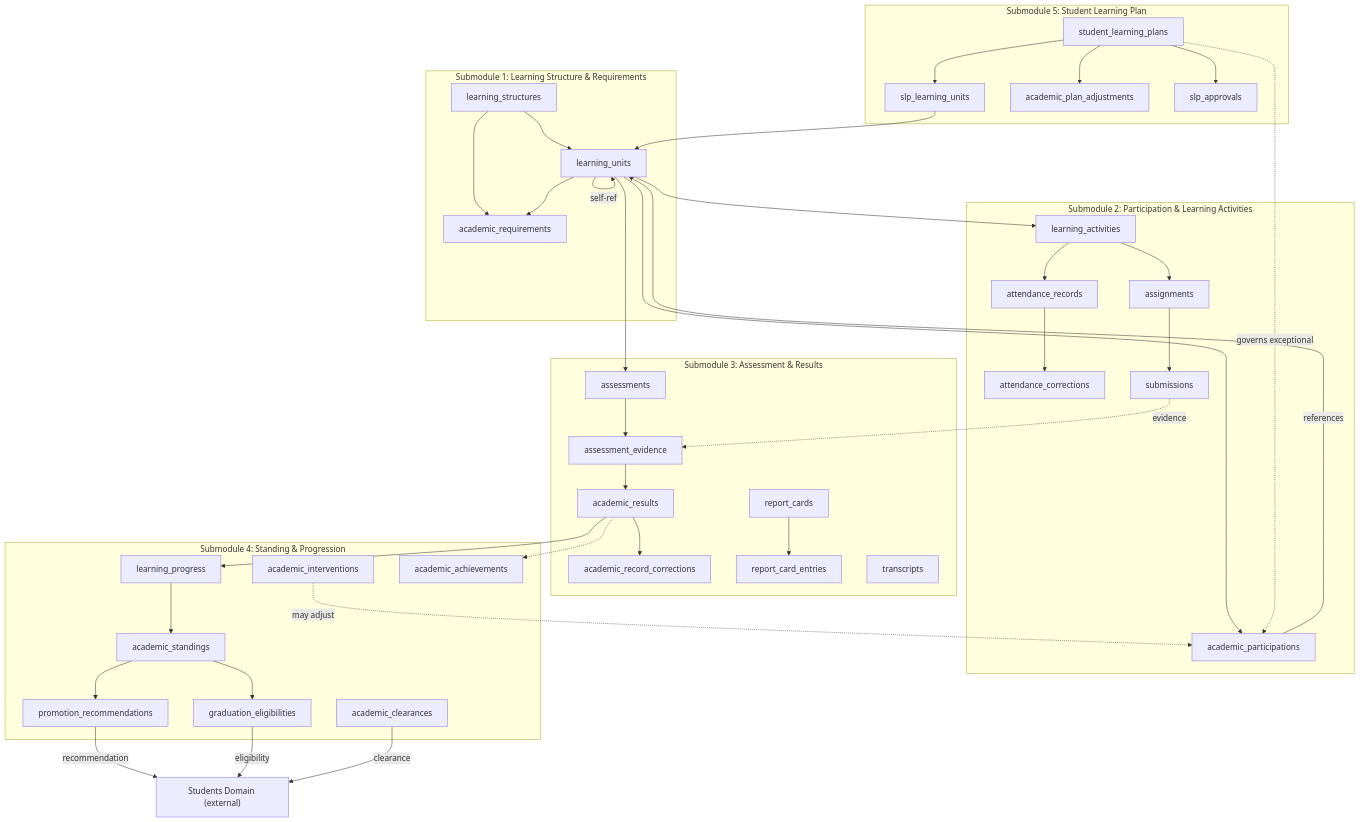
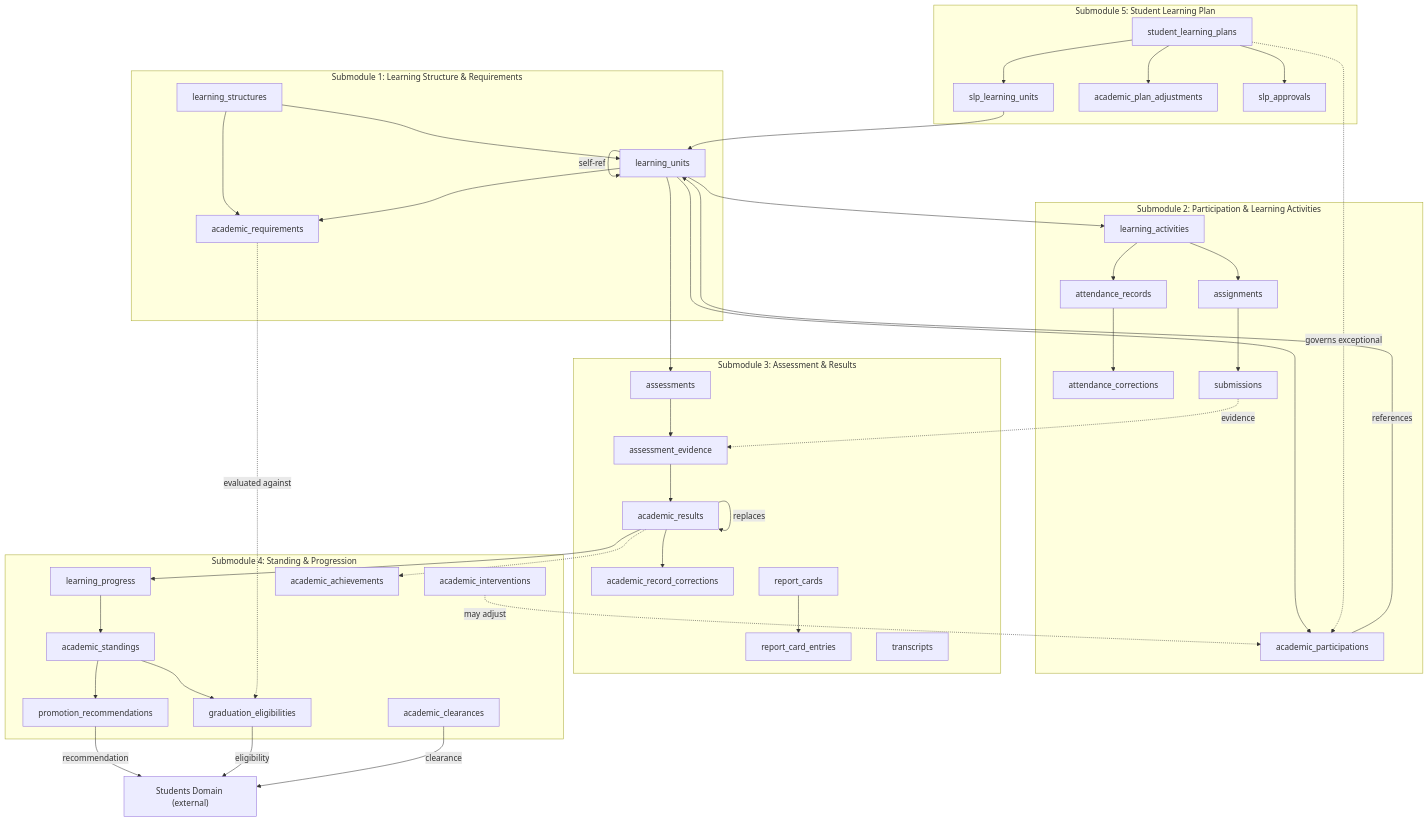
One commit to druryyl/elsasa-sis-v3 changed the sixth of 6 diagrams in entities/academic-entities-tables.md. Above: the diagram before and after it, drawn with Mermaid. The commit also changed other lines of this file and 8 other files, not shown here.

````diff
--- a/entities/academic-entities-tables.md
+++ b/entities/academic-entities-tables.md
@@ -1055,75 +1134,77 @@
 ```mermaid
 flowchart TD
     subgraph "Submodule 1: Learning Structure & Requirements"
         LS[learning_structures]
         LU[learning_units]
         AR[academic_requirements]
         LS --> LU
         LU -->|self-ref| LU
         LS --> AR
         LU --> AR
     end
 
     subgraph "Submodule 5: Student Learning Plan"
         SLP[student_learning_plans]
         SLPLU[slp_learning_units]
         APA[academic_plan_adjustments]
         SLPA[slp_approvals]
         SLP --> SLPLU
         SLPLU --> LU
         SLP --> APA
         SLP --> SLPA
     end
 
     subgraph "Submodule 2: Participation & Learning Activities"
         AP[academic_participations]
         LA[learning_activities]
         ATT[attendance_records]
         ATTC[attendance_corrections]
         ASG[assignments]
         SUB[submissions]
         AP -->|references| LU
         LU --> LA
         LA --> ATT
         ATT --> ATTC
         LA --> ASG
         ASG --> SUB
     end
 
     subgraph "Submodule 3: Assessment & Results"
         ASM[assessments]
         AE[assessment_evidence]
         RES[academic_results]
         ARC[academic_record_corrections]
         RC[report_cards]
         RCE[report_card_entries]
         TR[transcripts]
         ASM --> AE --> RES
         RES --> ARC
         RC --> RCE
     end
 
     subgraph "Submodule 4: Standing & Progression"
         LP[learning_progress]
         AS[academic_standings]
         PR[promotion_recommendations]
         GE[graduation_eligibilities]
         AC[academic_clearances]
         AI[academic_interventions]
         AA[academic_achievements]
         LP --> AS --> PR
         AS --> GE
     end
 
     LU --> ASM
     LU --> AP
+    AR -.->|evaluated against| GE
     SUB -.->|evidence| AE
     RES --> LP
+    RES -->|replaces| RES
     SLP -.->|governs exceptional| AP
     AI -.->|may adjust| AP
     RES -.-> AA
 
     PR -->|recommendation| EXT_S["Students Domain (external)"]
     GE -->|eligibility| EXT_S
     AC -->|clearance| EXT_S
 ```
````
